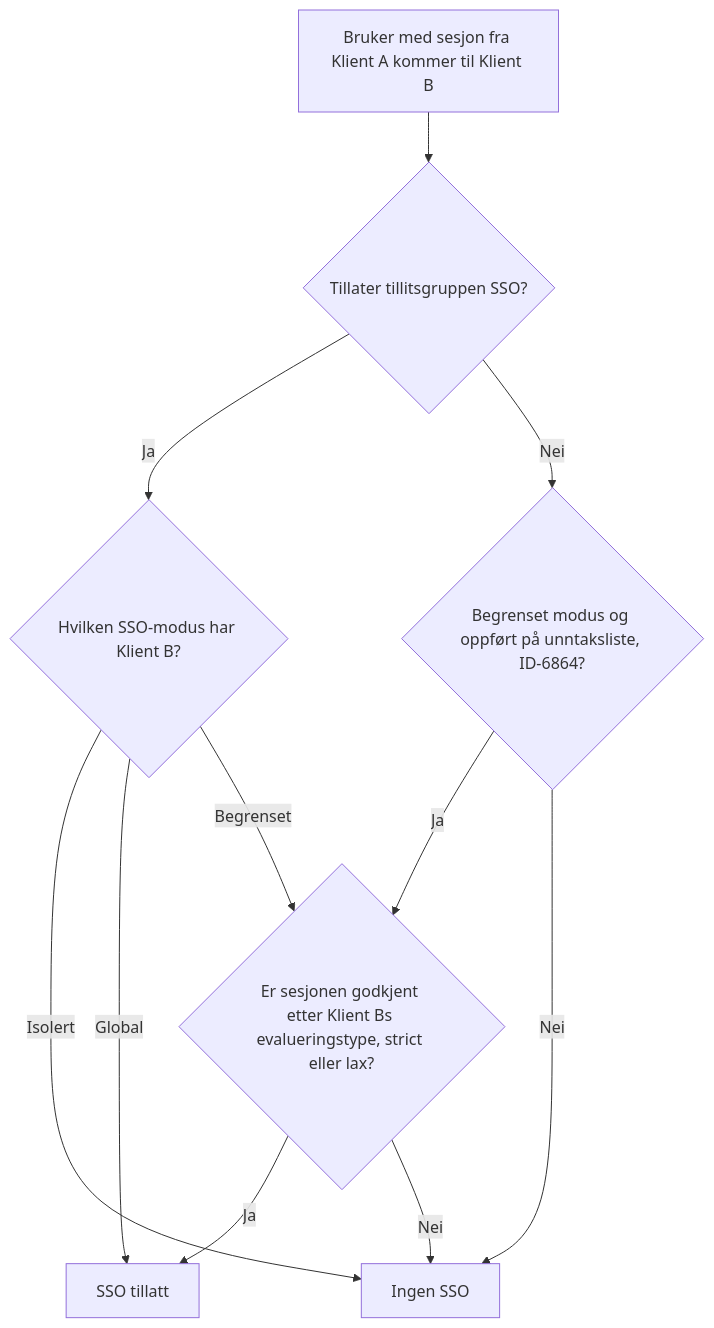
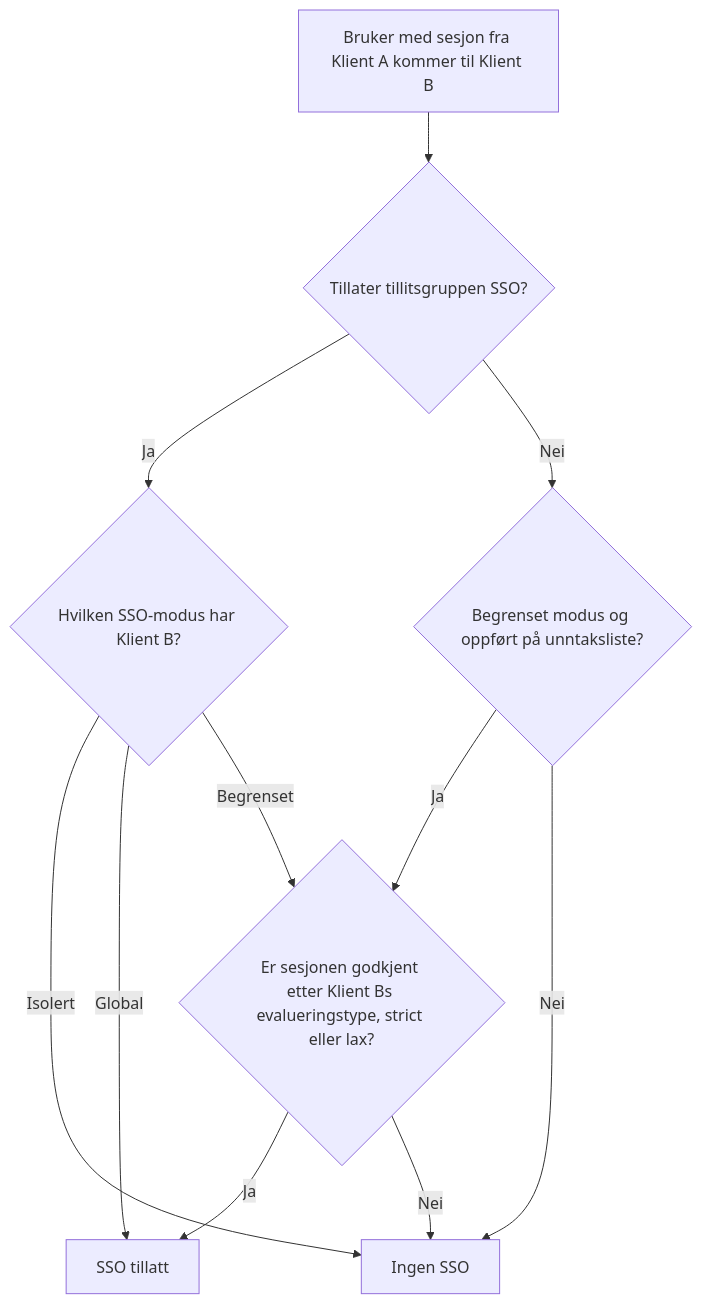
The second of 3 diagrams in _docs/idporten/oidc/oidc_sso_grupper.md (felleslosninger/docs), drawn with Mermaid before and after one commit. The commit also changed other lines of this file, not shown here.

```diff
--- a/_docs/idporten/oidc/oidc_sso_grupper.md
+++ b/_docs/idporten/oidc/oidc_sso_grupper.md
@@ -110,13 +110,13 @@
 <div class="mermaid">
 graph TD
     A[Bruker med sesjon fra Klient A kommer til Klient B] --> B{Tillater tillitsgruppen SSO?}
     B -- Ja --> C{Hvilken SSO-modus har Klient B?}
     C -- Isolert --> X[Ingen SSO]
     C -- Global --> D[SSO tillatt]
     C -- Begrenset --> E{Er sesjonen godkjent etter Klient Bs evalueringstype, strict eller lax?}
     E -- Ja --> D
     E -- Nei --> X
-    B -- Nei --> F{Begrenset modus og oppført på unntaksliste, ID-6864?}
+    B -- Nei --> F{Begrenset modus og oppført på unntaksliste?}
     F -- Ja --> E
     F -- Nei --> X
 </div>
```
